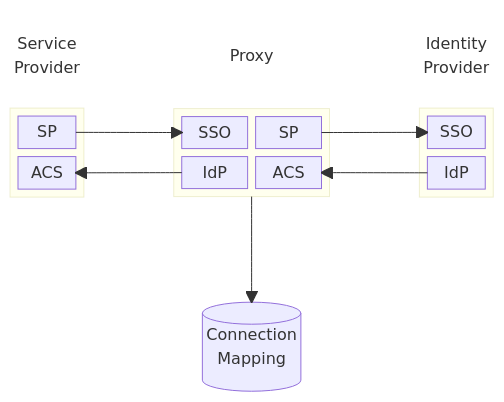
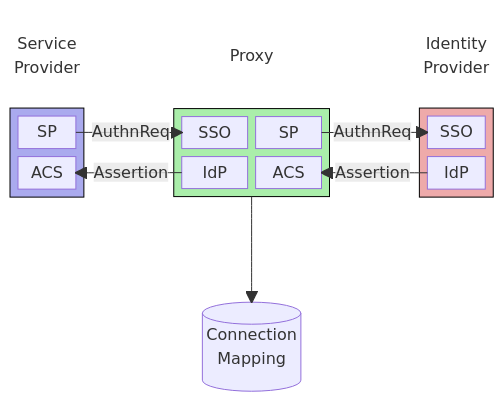
The first of 2 diagrams in README.md (mikehadlow/samlproxy), drawn with Mermaid before and after one commit.

Commit message:
block spacing

````diff
--- a/README.md
+++ b/README.md
@@ -6,54 +6,58 @@
 ```mermaid
 block-beta
 columns 6
 
     %% Headers
     h1["Service<br/>Provider"]
     space
     h2["Proxy"]:2
     space
     h3["Identity<br/>Provider"]
 
     style h1 fill:none,stroke:none
     style h2 fill:none,stroke:none
     style h3 fill:none,stroke:none
 
     %% Service Provider
     block:a
     columns 1
       a1["SP"]
       a2["ACS"]
     end
 
     space:1
 
     %% Proxy
     block:b:2
     columns 2
       b1["SSO"]
       b2["SP"]
       b3["IdP"]
       b4["ACS"]
     end
 
     space:1
 
     %% IdP
     block:c
     columns 1
       c1["SSO"]
       c2{"IdP"]
     end
 
+    style a stroke:black,fill:#AAE
+    style b stroke:black,fill:#AEA
+    style c stroke:black,fill:#EAA
+
     space:6
     space:2
     db[("Connection<br/>Mapping")]:2
     space:2
 
-    a1-->b1
-    b2-->c1
-    c2-->b4
-    b3-->a2
+    a1--"AuthnReq"-->b1
+    b2--"AuthnReq"-->c1
+    c2--"Assertion"-->b4
+    b3--"Assertion"-->a2
 
     b-->db
 ```
````
